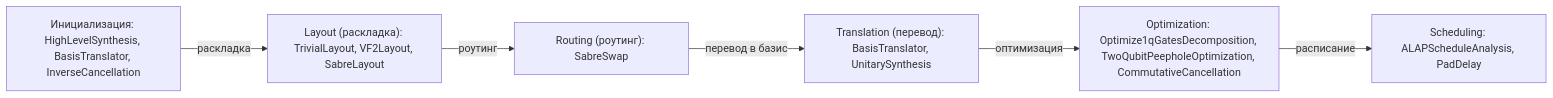
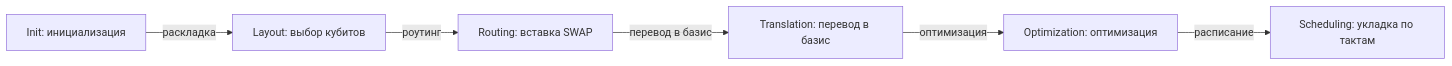
The diagram in curriculum/04-systems-design/02-transpiler-internals.md (DrDimooon/qc-design-course), drawn with Mermaid before and after one commit. The commit also changed other lines of this file and 4 other files, not shown here.

First line of the commit message:
Make diagrams readable and stop raw LaTeX from showing

````diff
--- a/curriculum/04-systems-design/02-transpiler-internals.md
+++ b/curriculum/04-systems-design/02-transpiler-internals.md
@@ -55,8 +55,8 @@
 ```mermaid
 flowchart LR
-  Init["Инициализация: HighLevelSynthesis, BasisTranslator, InverseCancellation"] -->|"раскладка"| Layout["Layout (раскладка): TrivialLayout, VF2Layout, SabreLayout"]
-  Layout -->|"роутинг"| Routing["Routing (роутинг): SabreSwap"]
-  Routing -->|"перевод в базис"| Translation["Translation (перевод): BasisTranslator, UnitarySynthesis"]
-  Translation -->|"оптимизация"| Optimization["Optimization: Optimize1qGatesDecomposition, TwoQubitPeepholeOptimization, CommutativeCancellation"]
-  Optimization -->|"расписание"| Scheduling["Scheduling: ALAPScheduleAnalysis, PadDelay"]
+  Init["Init: инициализация"] -->|"раскладка"| Layout["Layout: выбор кубитов"]
+  Layout -->|"роутинг"| Routing["Routing: вставка SWAP"]
+  Routing -->|"перевод в базис"| Translation["Translation: перевод в базис"]
+  Translation -->|"оптимизация"| Optimization["Optimization: оптимизация"]
+  Optimization -->|"расписание"| Scheduling["Scheduling: укладка по тактам"]
 ```
````
